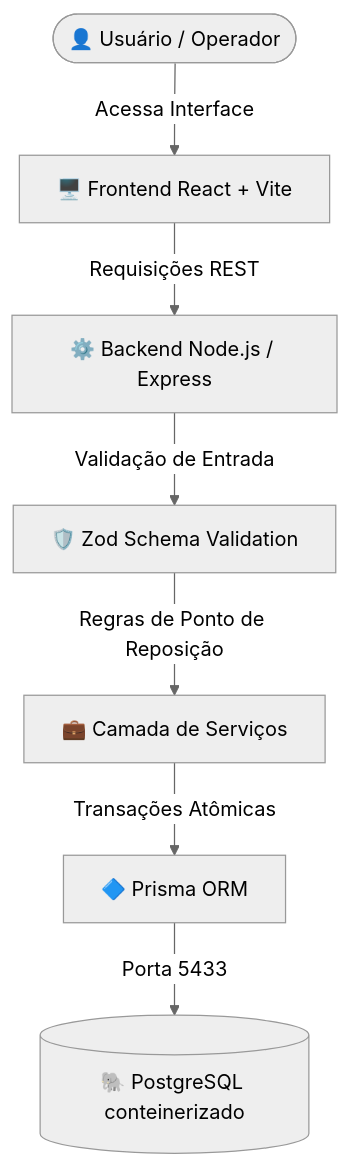
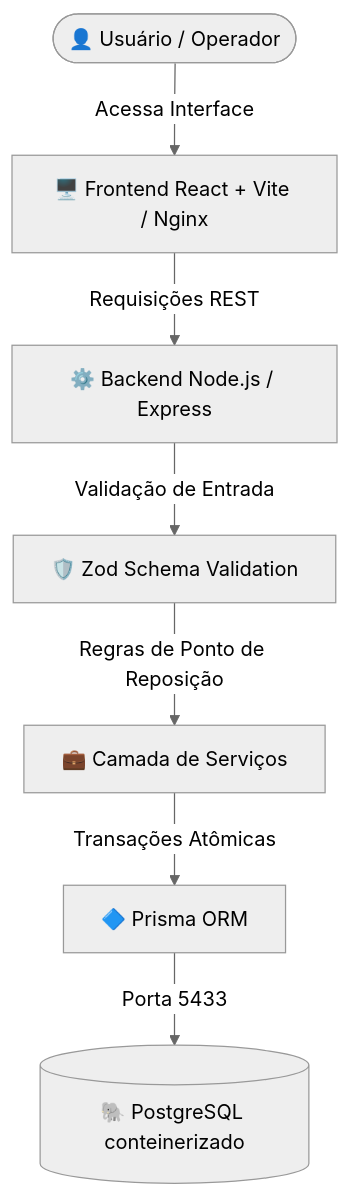
The first of 2 diagrams in README.md (francisco-mpinheiro/projeto-bootcamp-III), drawn with Mermaid (neutral theme) before and after one commit. The commit also changed other lines of this file and 640 other files, not shown here.

````diff
--- a/README.md
+++ b/README.md
@@ -57,9 +62,9 @@
 ```mermaid
 graph TD
-    User([👤 Usuário / Operador]) -->|Acessa Interface| Front[🖥️ Frontend React + Vite]
+    User([👤 Usuário / Operador]) -->|Acessa Interface| Front[🖥️ Frontend React + Vite / Nginx]
     Front -->|Requisições REST| API[⚙️ Backend Node.js / Express]
     API -->|Validação de Entrada| Zod[🛡️ Zod Schema Validation]
     Zod -->|Regras de Ponto de Reposição| Services[💼 Camada de Serviços]
     Services -->|Transações Atômicas| Prisma[🔷 Prisma ORM]
     Prisma -->|Porta 5433| DB[(🐘 PostgreSQL conteinerizado)]
 ```
````
